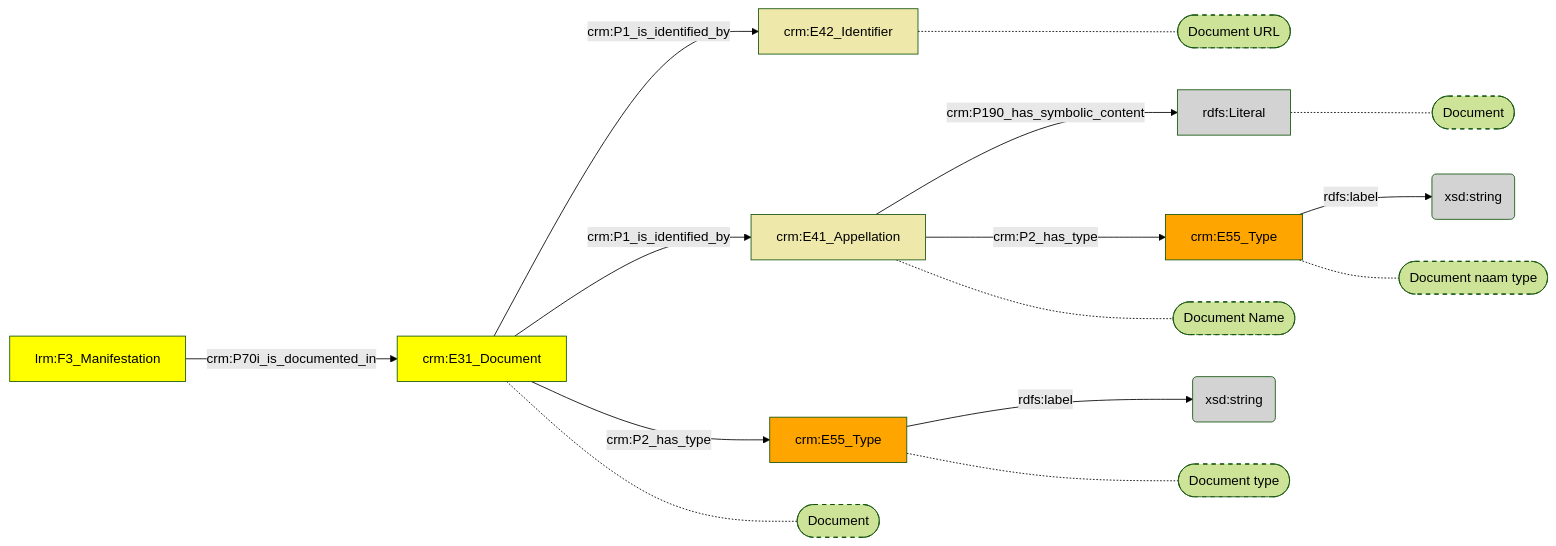
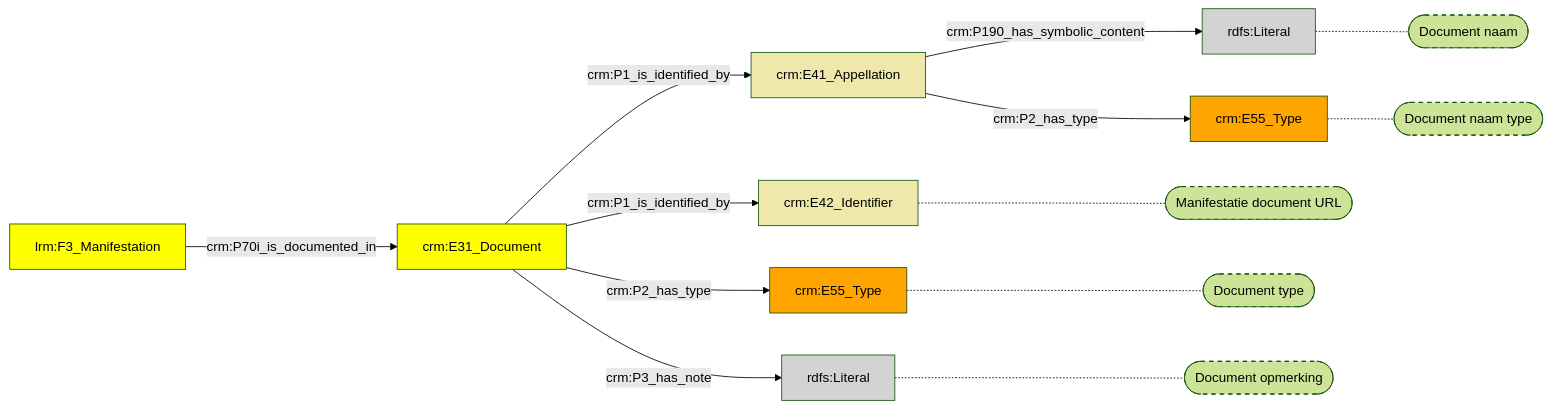
One commit to digipolisantwerpdocumentation/antwerp-cultureel-erfgoed changed the diagram in docs/content/modellen/BibliographicalManifestation/VerwantMateriaal.md. Above: the diagram before and after it, drawn with Mermaid (forest theme). The commit also changed 170 other files, not shown here.

````diff
--- a/docs/content/modellen/BibliographicalManifestation/VerwantMateriaal.md
+++ b/docs/content/modellen/BibliographicalManifestation/VerwantMateriaal.md
@@ -1,32 +1,28 @@
 ```mermaid
 graph LR
+style 17e0cf8a-8e93-11ee-8f9d-96a6d245525a fill:#ffff00
+style 17e0efec-8e93-11ee-8f9d-96a6d245525a fill:#ffff00
+style 17e0f398-8e93-11ee-8f9d-96a6d245525a fill:#EEE8AA
+style 17e0f708-8e93-11ee-8f9d-96a6d245525a fill:#EEE8AA
+style 17e0f74e-8e93-11ee-8f9d-96a6d245525a fill:#D3D3D3
+style 17e0f794-8e93-11ee-8f9d-96a6d245525a fill:#ffa500
+style 17e10c7a-8e93-11ee-8f9d-96a6d245525a fill:#ffa500
+style 9ed2d61e-18d5-11ef-bbbf-960002548b4f fill:#D3D3D3
+17e0cf8a-8e93-11ee-8f9d-96a6d245525a["crm:E31_Document"]-->|"crm:P3_has_note"|9ed2d61e-18d5-11ef-bbbf-960002548b4f(rdfs:Literal)
 17e0f708-8e93-11ee-8f9d-96a6d245525a["crm:E41_Appellation"]-->|"crm:P190_has_symbolic_content"|17e0f74e-8e93-11ee-8f9d-96a6d245525a(rdfs:Literal)
-17e0f794-8e93-11ee-8f9d-96a6d245525a["crm:E55_Type"]-->|"rdfs:label"|17e0f7da-8e93-11ee-8f9d-96a6d245525a(xsd:string)
-17e10c7a-8e93-11ee-8f9d-96a6d245525a["crm:E55_Type"]-->|"rdfs:label"|17e0f23a-8e93-11ee-8f9d-96a6d245525a(xsd:string)
+style 17e0f398-8e93-11ee-8f9d-96a6d245525a_s stroke-dasharray: 5
+style 17e10c7a-8e93-11ee-8f9d-96a6d245525a_s stroke-dasharray: 5
+style 9ed2d61e-18d5-11ef-bbbf-960002548b4f_s stroke-dasharray: 5
+style 17e0f74e-8e93-11ee-8f9d-96a6d245525a_s stroke-dasharray: 5
+style 17e0f794-8e93-11ee-8f9d-96a6d245525a_s stroke-dasharray: 5
 17e0cf8a-8e93-11ee-8f9d-96a6d245525a["crm:E31_Document"]-->|"crm:P1_is_identified_by"|17e0f398-8e93-11ee-8f9d-96a6d245525a["crm:E42_Identifier"]
 17e0cf8a-8e93-11ee-8f9d-96a6d245525a["crm:E31_Document"]-->|"crm:P1_is_identified_by"|17e0f708-8e93-11ee-8f9d-96a6d245525a["crm:E41_Appellation"]
 17e0cf8a-8e93-11ee-8f9d-96a6d245525a["crm:E31_Document"]-->|"crm:P2_has_type"|17e10c7a-8e93-11ee-8f9d-96a6d245525a["crm:E55_Type"]
 17e0efec-8e93-11ee-8f9d-96a6d245525a["lrm:F3_Manifestation"]-->|"crm:P70i_is_documented_in"|17e0cf8a-8e93-11ee-8f9d-96a6d245525a["crm:E31_Document"]
 17e0f708-8e93-11ee-8f9d-96a6d245525a["crm:E41_Appellation"]-->|"crm:P2_has_type"|17e0f794-8e93-11ee-8f9d-96a6d245525a["crm:E55_Type"]
-17e0f398-8e93-11ee-8f9d-96a6d245525a["crm:E42_Identifier"]-.-17e0f398-8e93-11ee-8f9d-96a6d245525a_s(["Document URL"])
-17e0f708-8e93-11ee-8f9d-96a6d245525a["crm:E41_Appellation"]-.-17e0f708-8e93-11ee-8f9d-96a6d245525a_s(["Document Name"])
+17e0f398-8e93-11ee-8f9d-96a6d245525a["crm:E42_Identifier"]-.-17e0f398-8e93-11ee-8f9d-96a6d245525a_s(["Manifestatie document URL"])
 17e10c7a-8e93-11ee-8f9d-96a6d245525a["crm:E55_Type"]-.-17e10c7a-8e93-11ee-8f9d-96a6d245525a_s(["Document type"])
-17e0cf8a-8e93-11ee-8f9d-96a6d245525a["crm:E31_Document"]-.-17e0cf8a-8e93-11ee-8f9d-96a6d245525a_s(["Document"])
-17e0f74e-8e93-11ee-8f9d-96a6d245525a["rdfs:Literal"]-.-17e0f74e-8e93-11ee-8f9d-96a6d245525a_s(["Document"])
+9ed2d61e-18d5-11ef-bbbf-960002548b4f["rdfs:Literal"]-.-9ed2d61e-18d5-11ef-bbbf-960002548b4f_s(["Document opmerking"])
+17e0f74e-8e93-11ee-8f9d-96a6d245525a["rdfs:Literal"]-.-17e0f74e-8e93-11ee-8f9d-96a6d245525a_s(["Document naam"])
 17e0f794-8e93-11ee-8f9d-96a6d245525a["crm:E55_Type"]-.-17e0f794-8e93-11ee-8f9d-96a6d245525a_s(["Document naam type"])
-style 17e0f398-8e93-11ee-8f9d-96a6d245525a_s stroke-dasharray: 5
-style 17e0f708-8e93-11ee-8f9d-96a6d245525a_s stroke-dasharray: 5
-style 17e10c7a-8e93-11ee-8f9d-96a6d245525a_s stroke-dasharray: 5
-style 17e0cf8a-8e93-11ee-8f9d-96a6d245525a_s stroke-dasharray: 5
-style 17e0f74e-8e93-11ee-8f9d-96a6d245525a_s stroke-dasharray: 5
-style 17e0f794-8e93-11ee-8f9d-96a6d245525a_s stroke-dasharray: 5
-style 17e0cf8a-8e93-11ee-8f9d-96a6d245525a fill:#ffff00
-style 17e0efec-8e93-11ee-8f9d-96a6d245525a fill:#ffff00
-style 17e0f23a-8e93-11ee-8f9d-96a6d245525a fill:#D3D3D3
-style 17e0f398-8e93-11ee-8f9d-96a6d245525a fill:#EEE8AA
-style 17e0f708-8e93-11ee-8f9d-96a6d245525a fill:#EEE8AA
-style 17e0f74e-8e93-11ee-8f9d-96a6d245525a fill:#D3D3D3
-style 17e0f794-8e93-11ee-8f9d-96a6d245525a fill:#ffa500
-style 17e0f7da-8e93-11ee-8f9d-96a6d245525a fill:#D3D3D3
-style 17e10c7a-8e93-11ee-8f9d-96a6d245525a fill:#ffa500
 ```
````
